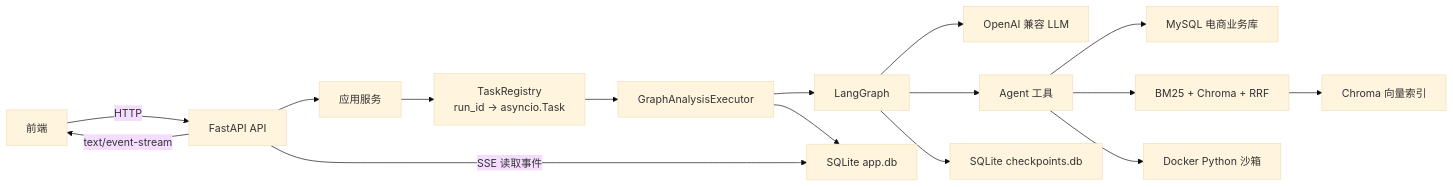
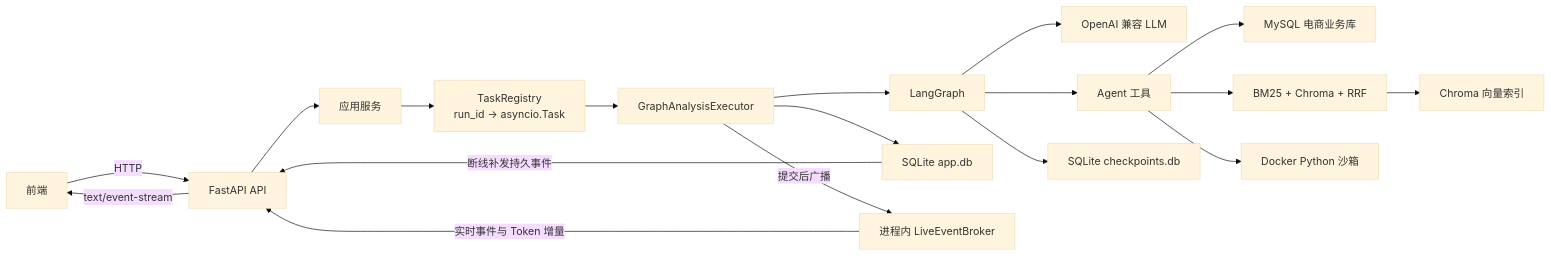
Before and after one commit to codieh/DataAgent: the first of 6 diagrams in data-agent-python-backend/docs/dataagent-deep-dive.md, drawn with Mermaid (base theme). The commit also changed other lines of this file and 12 other files, not shown here.

````diff
--- a/data-agent-python-backend/docs/dataagent-deep-dive.md
+++ b/data-agent-python-backend/docs/dataagent-deep-dive.md
@@ -63,18 +63,20 @@
 ```mermaid
 flowchart LR
     UI["前端"] -->|HTTP| API["FastAPI API"]
     API --> APP["应用服务"]
     APP --> TASK["TaskRegistry\nrun_id -> asyncio.Task"]
     TASK --> EXEC["GraphAnalysisExecutor"]
     EXEC --> GRAPH["LangGraph"]
     GRAPH --> LLM["OpenAI 兼容 LLM"]
     GRAPH --> TOOLS["Agent 工具"]
     TOOLS --> MYSQL["MySQL 电商业务库"]
     TOOLS --> RETRIEVAL["BM25 + Chroma + RRF"]
     TOOLS --> PY["Docker Python 沙箱"]
     EXEC --> APPDB["SQLite app.db"]
     GRAPH --> CPDB["SQLite checkpoints.db"]
     RETRIEVAL --> CHROMA["Chroma 向量索引"]
-    API -->|SSE 读取事件| APPDB
+    EXEC -->|提交后广播| BROKER["进程内 LiveEventBroker"]
+    APPDB -->|断线补发持久事件| API
+    BROKER -->|实时事件与 Token 增量| API
     API -->|text/event-stream| UI
 ```
````
